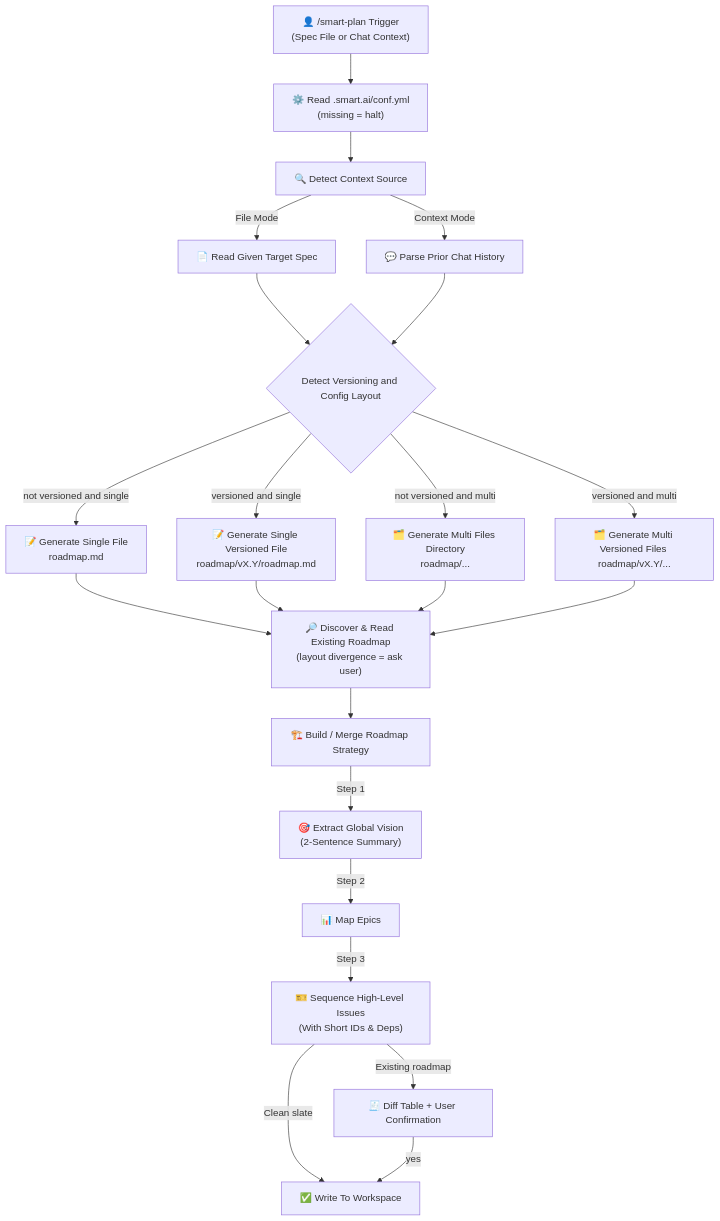
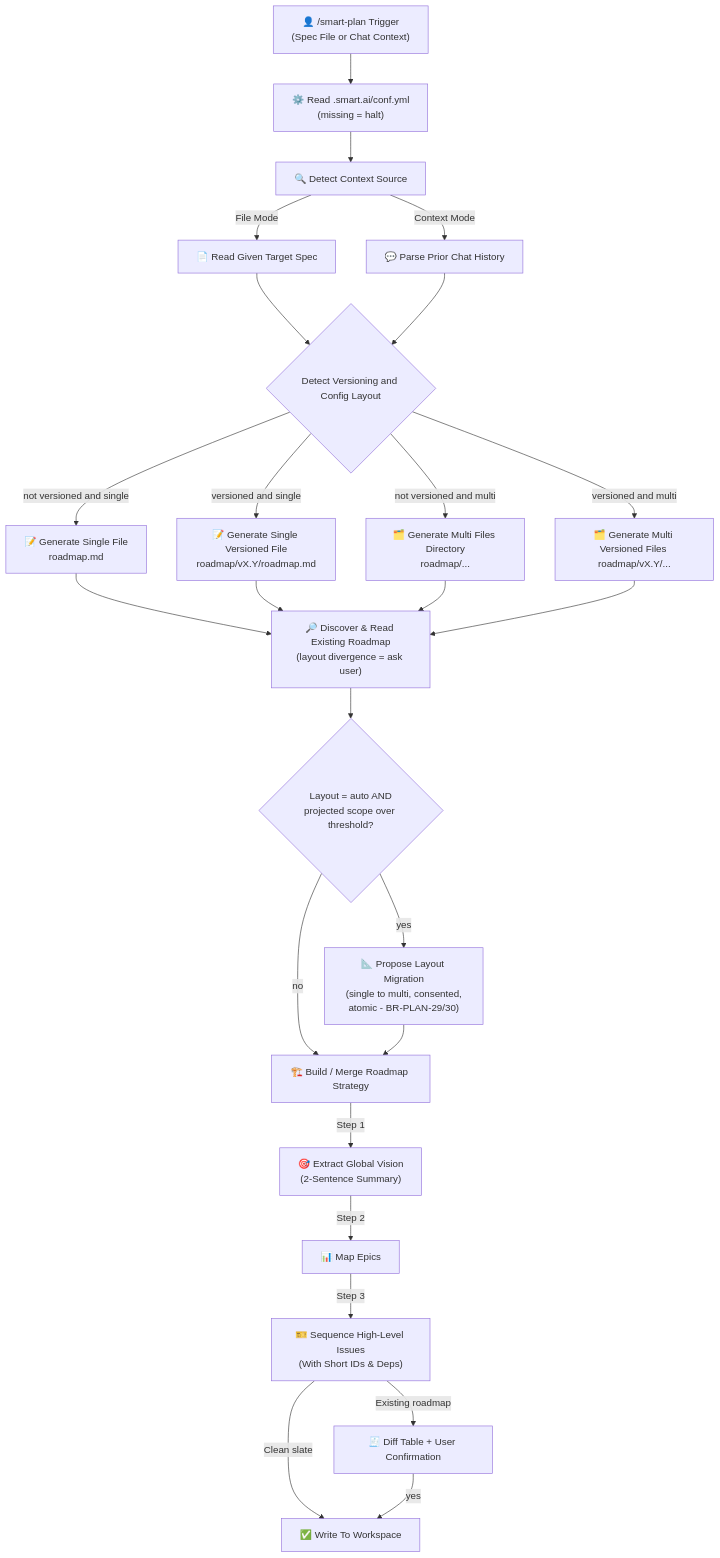
Before and after one commit to fletort/smart-ai-factory: the first of 3 diagrams in docs/specs/smart-plan.md, drawn with Mermaid. The commit also changed other lines of this file and 1 other file, not shown here.

````diff
--- a/docs/specs/smart-plan.md
+++ b/docs/specs/smart-plan.md
@@ -49,31 +50,34 @@
   ```mermaid
   graph TD
       Input["👤 /smart-plan Trigger<br/>(Spec File or Chat Context)"] --> Config["⚙️ Read .smart.ai/conf.yml<br/>(missing = halt)"]
       Config --> Source["🔍 Detect Context Source"]
 
       Source -->|File Mode| ReadFile["📄 Read Given Target Spec"]
       Source -->|Context Mode| ReadChat["💬 Parse Prior Chat History"]
 
       ReadFile --> Strategy{"Detect Versioning and Config Layout"}
       ReadChat --> Strategy
 
       Strategy -->|not versioned and single| Single["📝 Generate Single File<br/>roadmap.md"]
       Strategy -->|versioned and single| SingleVer["📝 Generate Single Versioned File<br/>roadmap/vX.Y/roadmap.md"]
       Strategy -->|not versioned and multi| Multi["🗂️ Generate Multi Files Directory<br/>roadmap/..."]
       Strategy -->|versioned and multi| MultiVer["🗂️ Generate Multi Versioned Files <br/>roadmap/vX.Y/..."]
 
       Single --> Discover["🔎 Discover & Read Existing Roadmap<br/>(layout divergence = ask user)"]
       SingleVer --> Discover
       Multi --> Discover
       MultiVer --> Discover
 
-      Discover --> Process["🏗️ Build / Merge Roadmap Strategy"]
+      Discover --> LayoutEval{"Layout = auto AND<br/>projected scope over threshold?"}
+      LayoutEval -->|yes| ProposeLayout["📐 Propose Layout Migration<br/>(single to multi, consented,<br/>atomic - BR-PLAN-29/30)"]
+      LayoutEval -->|no| Process["🏗️ Build / Merge Roadmap Strategy"]
+      ProposeLayout --> Process
 
       Process -->|Step 1| Vision["🎯 Extract Global Vision<br/>(2-Sentence Summary)"]
       Vision -->|Step 2| Epics["📊 Map Epics"]
       Epics -->|Step 3| Issues["🎫 Sequence High-Level Issues<br/>(With Short IDs & Deps)"]
 
       Issues -->|Clean slate| Output["✅ Write To Workspace"]
       Issues -->|Existing roadmap| Confirm["🧾 Diff Table + User Confirmation"]
       Confirm -->|yes| Output
   ```
````
